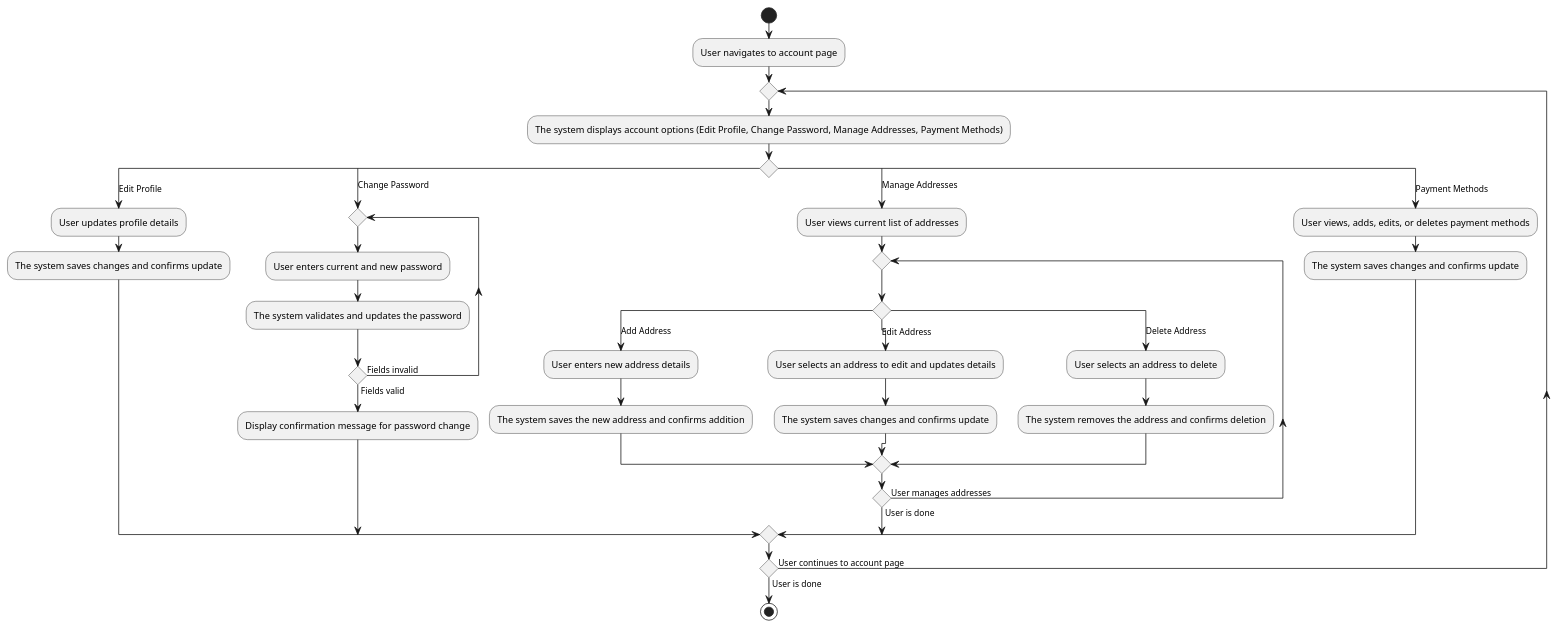
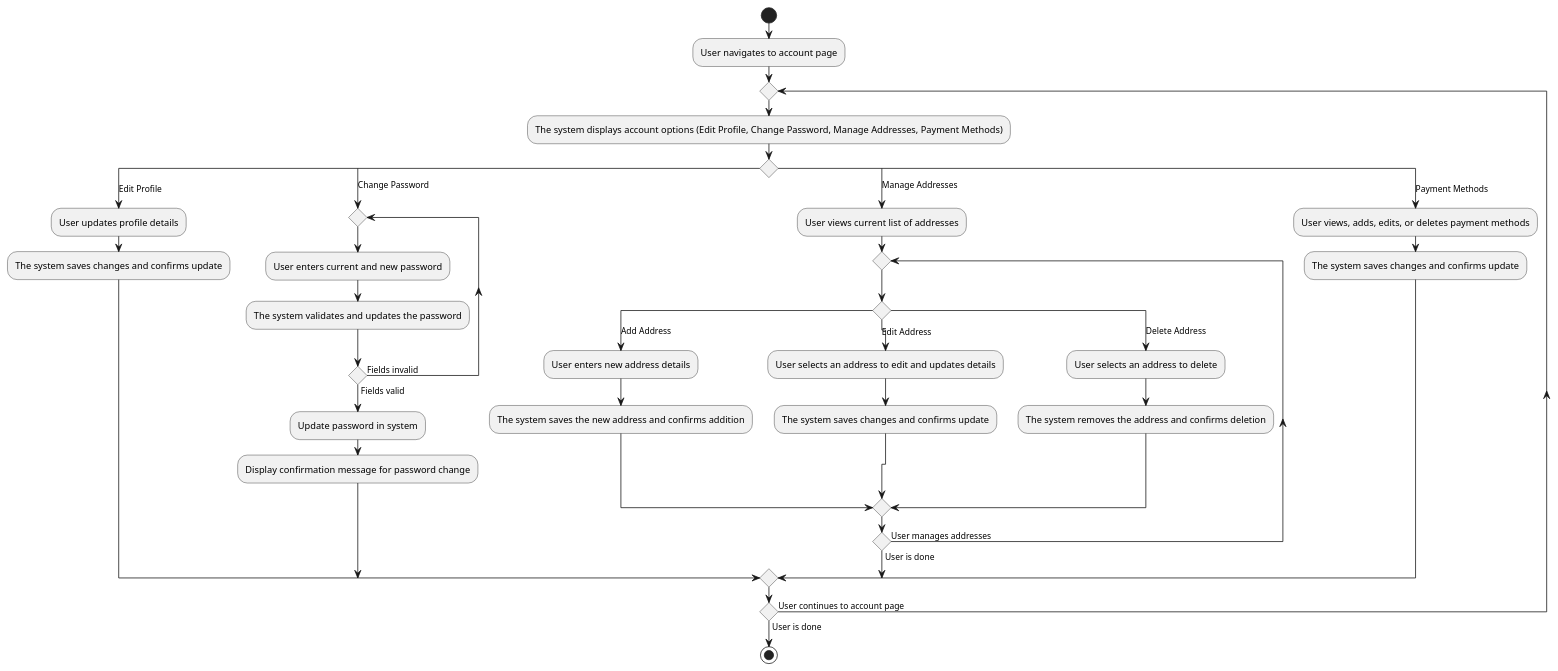
Before and after one commit to HighlyHylian/online-ecommerce-platform: the diagram in diagrams/US-13-14-16.puml, drawn with PlantUML.

```diff
--- a/diagrams/US-13-14-16.puml
+++ b/diagrams/US-13-14-16.puml
@@ -1,38 +1,39 @@
 @startuml US-13-14-16 Activity
 start
 :User navigates to account page;
 repeat
     :The system displays account options (Edit Profile, Change Password, Manage Addresses, Payment Methods);
     switch ()
         case (Edit Profile)
             :User updates profile details;
             :The system saves changes and confirms update;
         case (Change Password)
             repeat
                 :User enters current and new password;
                 :The system validates and updates the password;
             repeat while () is (Fields invalid) not (Fields valid)
+            :Update password in system;
             :Display confirmation message for password change;
         case (Manage Addresses)
             :User views current list of addresses;
             repeat
                 switch ()
                     case (Add Address)
                         :User enters new address details;
                         :The system saves the new address and confirms addition;
                     case (Edit Address)
                         :User selects an address to edit and updates details;
                         :The system saves changes and confirms update;
                     case (Delete Address)
                         :User selects an address to delete;
                         :The system removes the address and confirms deletion;
                 endswitch
             repeat while () is (User manages addresses) not (User is done)
         case (Payment Methods)
             :User views, adds, edits, or deletes payment methods;
             :The system saves changes and confirms update;
             ' note: Payment is not validated until billing during checkout
     endswitch
 repeat while () is (User continues to account page) not (User is done)
 stop
 @enduml
```
